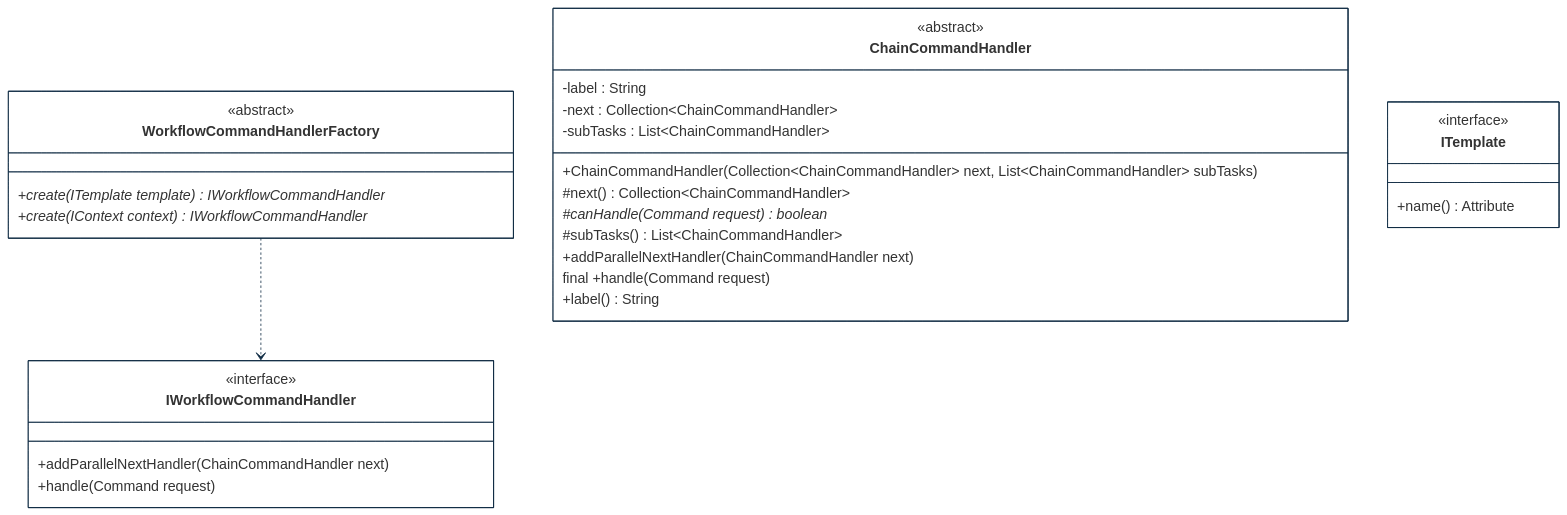
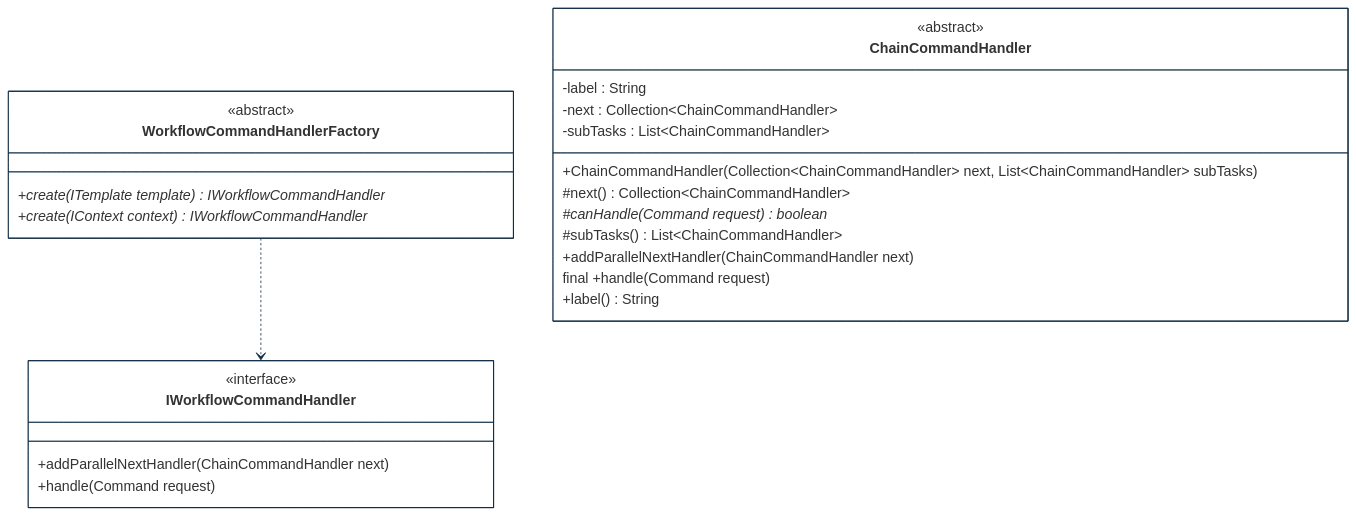
One commit to cybnity/foundation changed the diagram in implementations-line/features/workflow-process/security-activity-orchestration/designview-structure-models.md. Above: the diagram before and after it, drawn with Mermaid. The commit also changed other lines of this file and 38 other files, not shown here.

````diff
--- a/implementations-line/features/workflow-process/security-activity-orchestration/designview-structure-models.md
+++ b/implementations-line/features/workflow-process/security-activity-orchestration/designview-structure-models.md
@@ -20,50 +19,46 @@
 ```mermaid
 %%{
   init: {
     'theme': 'base',
     'themeVariables': {
         'background': '#ffffff',
         'fontFamily': 'arial',
         'fontSize': '18px',
         'primaryColor': '#fff',
         'primaryBorderColor': '#0e2a43',
         'secondaryBorderColor': '#0e2a43',
         'tertiaryBorderColor': '#0e2a43',
         'edgeLabelBackground':'#0e2a43',
         'lineColor': '#0e2a43',
         'tertiaryColor': '#fff'
     }
   }
 }%%
 classDiagram
   WorkflowCommandHandlerFactory ..> IWorkflowCommandHandler
 
   class ChainCommandHandler {
       <<abstract>>
       -label : String
       -next : Collection~ChainCommandHandler~
       -subTasks : List~ChainCommandHandler~
       +ChainCommandHandler(Collection~ChainCommandHandler~ next, List~ChainCommandHandler~ subTasks)
       #next() Collection~ChainCommandHandler~
       #canHandle(Command request)* boolean
       #subTasks() List~ChainCommandHandler~
       +addParallelNextHandler(ChainCommandHandler next)
       final +handle(Command request)
       +label() String
   }
   class WorkflowCommandHandlerFactory {
       <<abstract>>
       +create(ITemplate template)* IWorkflowCommandHandler
       +create(IContext context)* IWorkflowCommandHandler
   }
   class IWorkflowCommandHandler {
       <<interface>>
       +addParallelNextHandler(ChainCommandHandler next)
       +handle(Command request)
   }
-  class ITemplate {
-      <<interface>>
-      +name() Attribute
-  }
 
 ```
````
